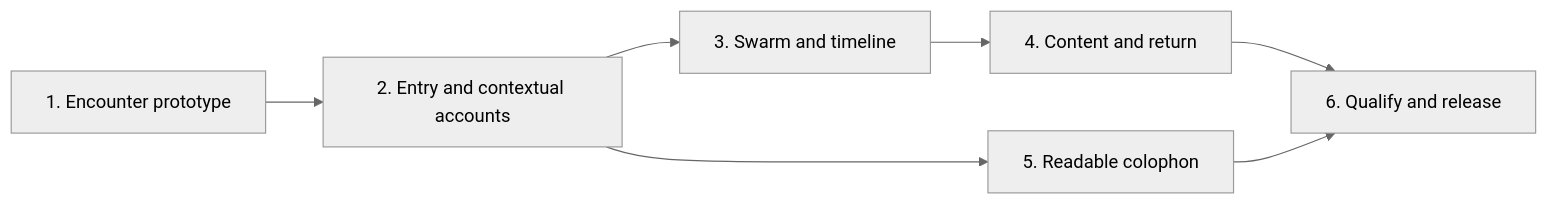
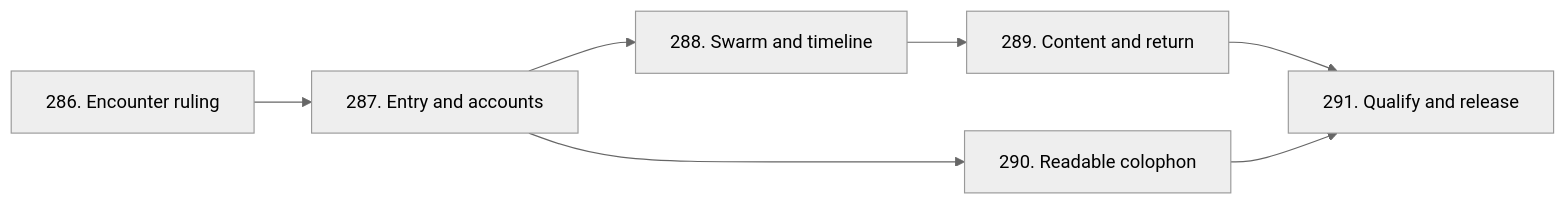
The diagram in docs/plans/portfolio-experience-review.md (mechanistic-org/portfolio), drawn with Mermaid (neutral theme) before and after one commit. The commit also changed other lines of this file and 1 other file, not shown here.

Commit message:
docs: publish approved portfolio experience graph for #283

````diff
--- a/docs/plans/portfolio-experience-review.md
+++ b/docs/plans/portfolio-experience-review.md
@@ -486,9 +64,9 @@
 ```mermaid
 flowchart LR
-  T1[1. Encounter prototype] --> T2[2. Entry and contextual accounts]
-  T2 --> T3[3. Swarm and timeline]
-  T3 --> T4[4. Content and return]
-  T2 --> T5[5. Readable colophon]
-  T4 --> T6[6. Qualify and release]
-  T5 --> T6
+  T286[286. Encounter ruling] --> T287[287. Entry and accounts]
+  T287 --> T288[288. Swarm and timeline]
+  T288 --> T289[289. Content and return]
+  T287 --> T290[290. Readable colophon]
+  T289 --> T291[291. Qualify and release]
+  T290 --> T291
 ```
````
